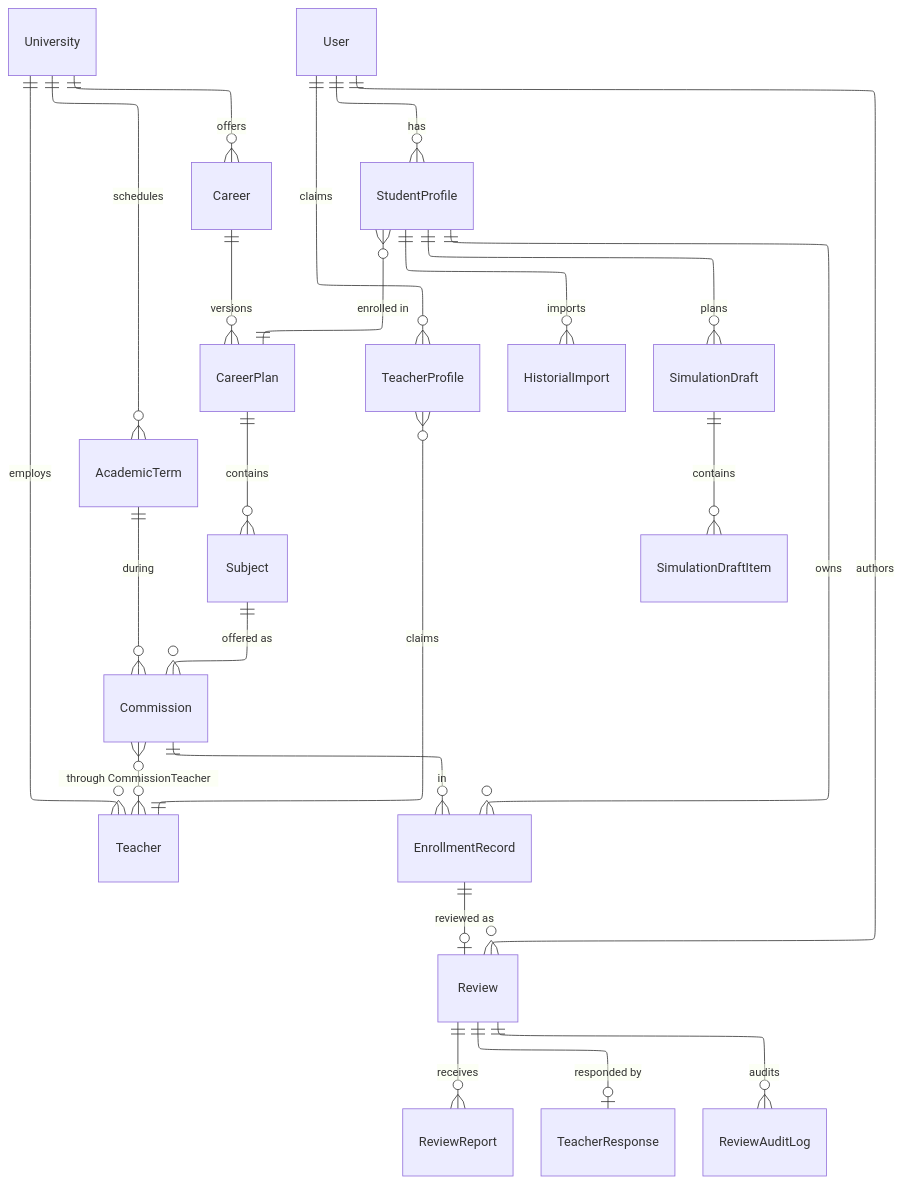
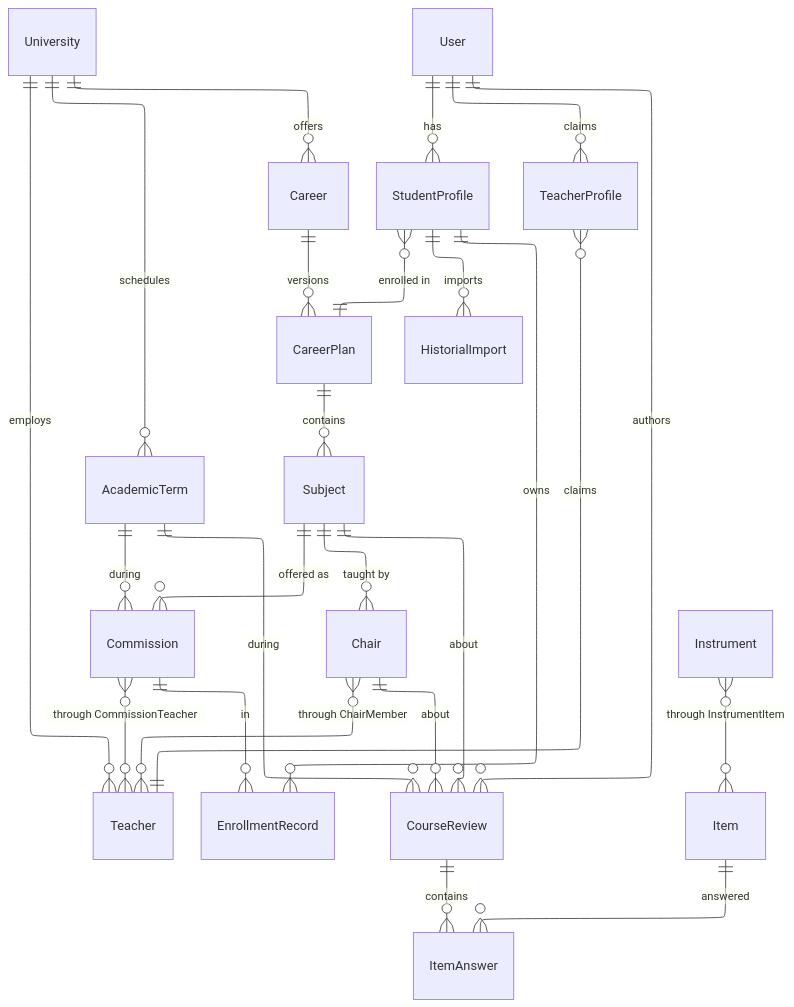
Before and after one commit to lucasidev/plan-b: the first of 4 diagrams in docs/engineering/data-model.md, drawn with Mermaid. The commit also changed other lines of this file and 354 other files, not shown here.

````diff
--- a/docs/engineering/data-model.md
+++ b/docs/engineering/data-model.md
@@ -26,33 +24,35 @@
 ```mermaid
 ---
 config:
     layout: elk
 ---
 erDiagram
     University ||--o{ Career : offers
     University ||--o{ Teacher : employs
     University ||--o{ AcademicTerm : schedules
     Career ||--o{ CareerPlan : versions
     CareerPlan ||--o{ Subject : contains
     Subject ||--o{ Commission : "offered as"
     AcademicTerm ||--o{ Commission : during
     Commission }o--o{ Teacher : "through CommissionTeacher"
 
     User ||--o{ StudentProfile : has
     User ||--o{ TeacherProfile : claims
     StudentProfile }o--|| CareerPlan : "enrolled in"
     TeacherProfile }o--|| Teacher : "claims"
 
     StudentProfile ||--o{ EnrollmentRecord : owns
     Commission ||--o{ EnrollmentRecord : in
     StudentProfile ||--o{ HistorialImport : imports
 
-    EnrollmentRecord ||--o| Review : "reviewed as"
-    User ||--o{ Review : authors
-    Review ||--o{ ReviewReport : receives
-    Review ||--o| TeacherResponse : "responded by"
-    Review ||--o{ ReviewAuditLog : audits
+    Subject ||--o{ Chair : "taught by"
+    Chair }o--o{ Teacher : "through ChairMember"
 
-    StudentProfile ||--o{ SimulationDraft : plans
-    SimulationDraft ||--o{ SimulationDraftItem : contains
+    User ||--o{ CourseReview : authors
+    Subject ||--o{ CourseReview : about
+    AcademicTerm ||--o{ CourseReview : during
+    Chair ||--o{ CourseReview : about
+    CourseReview ||--o{ ItemAnswer : contains
+    Item ||--o{ ItemAnswer : answered
+    Instrument }o--o{ Item : "through InstrumentItem"
 ```
````
